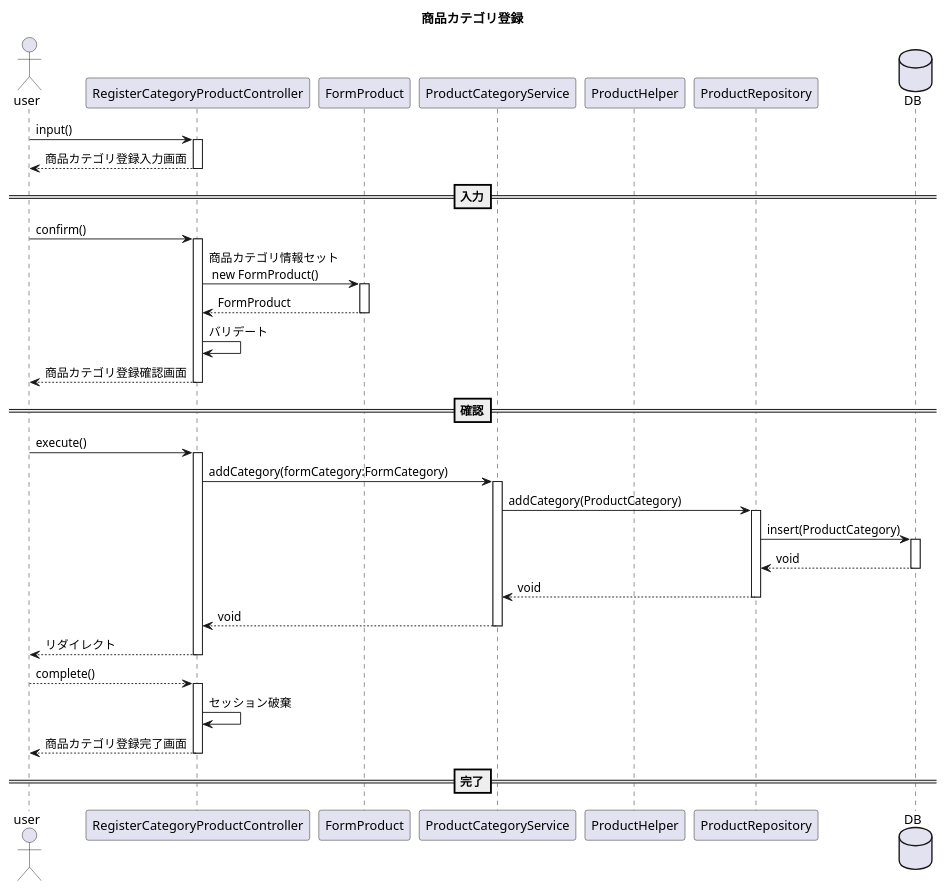
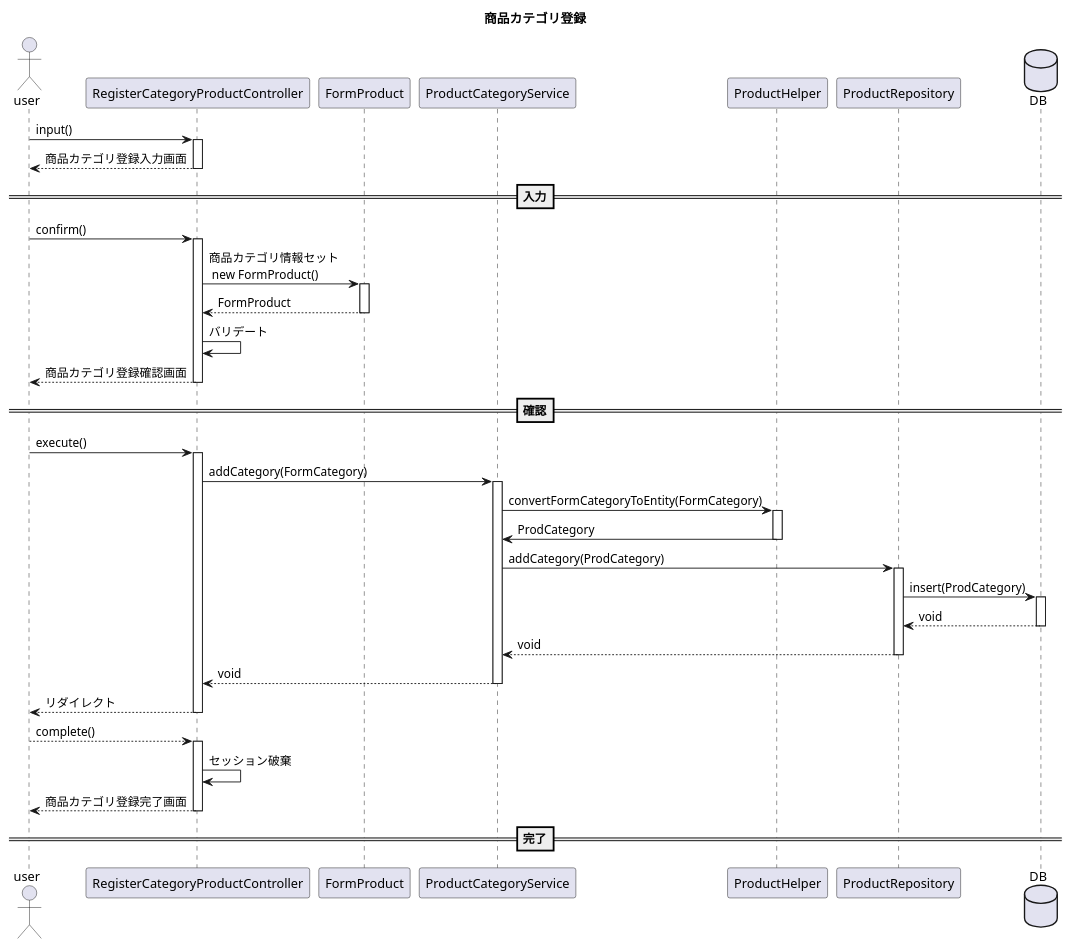
One commit to kanavii3333/ec-b changed the diagram in plan/uml/sequence/uc014.plantuml. Above: the diagram before and after it, drawn with PlantUML. The commit also changed 6 other files, not shown here.

Commit message:
シーケンス図修正　helper form関連

```diff
--- a/plan/uml/sequence/uc014.plantuml
+++ b/plan/uml/sequence/uc014.plantuml
@@ -1,33 +1,35 @@
 @startuml
 title 商品カテゴリ登録
 actor user
 participant RegisterCategoryProductController as Controller
 participant FormProduct as Form
 participant ProductCategoryService as Service
 participant ProductHelper as Helper
 participant ProductRepository as Repository
 database DB
 
 
 user -> Controller++:input()
 user <-- Controller--:商品カテゴリ登録入力画面
 ==入力==
 user -> Controller++:confirm()
 Controller -> Form++:商品カテゴリ情報セット\n new FormProduct()
 Controller <-- Form--:FormProduct
 Controller -> Controller:バリデート
 user <-- Controller--:商品カテゴリ登録確認画面
 ==確認==
 user -> Controller++:execute()
-Controller -> Service++:addCategory(formCategory:FormCategory)
-Service -> Repository++:addCategory(ProductCategory)
-Repository -> DB++:insert(ProductCategory)
+Controller -> Service++:addCategory(FormCategory)
+Service -> Helper++:convertFormCategoryToEntity(FormCategory)
+Service <- Helper--:ProdCategory
+Service -> Repository++:addCategory(ProdCategory)
+Repository -> DB++:insert(ProdCategory)
 Repository <-- DB--:void
 Service <-- Repository--:void
 Controller <-- Service--:void
 user <-- Controller--:リダイレクト
 user --> Controller++:complete()
 Controller -> Controller:セッション破棄
 user <-- Controller--:商品カテゴリ登録完了画面
 ==完了==
 @enduml
```
